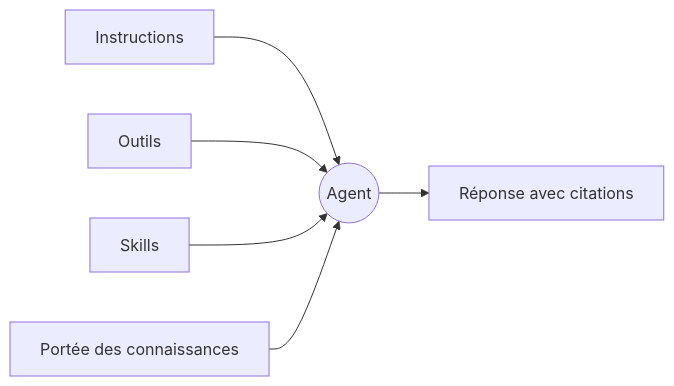
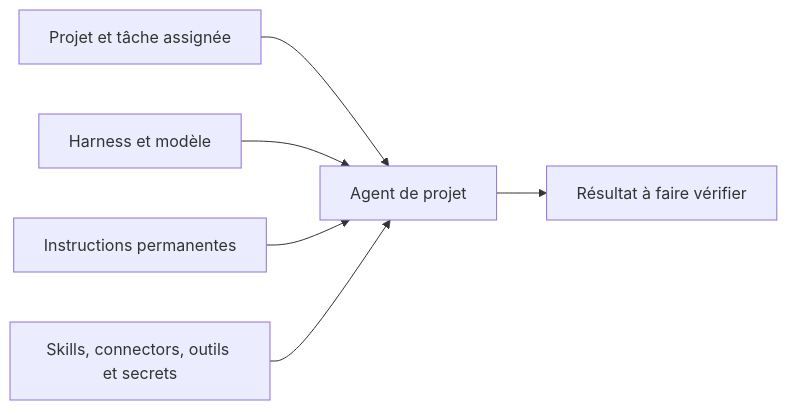
Before and after one commit to tale-project/tale: the diagram in docs/fr/platform/agents/concepts.md, drawn with Mermaid. The commit also changed other lines of this file and 135 other files, not shown here.

````diff
--- a/docs/fr/platform/agents/concepts.md
+++ b/docs/fr/platform/agents/concepts.md
@@ -30,8 +26,8 @@
 ```mermaid
 flowchart LR
-    I[Instructions] --> A((Agent))
-    T[Outils] --> A
-    S[Skills] --> A
-    K[Portée des connaissances] --> A
-    A --> R[Réponse avec citations]
+    P[Projet et tâche assignée] --> A[Agent de projet]
+    H[Harness et modèle] --> A
+    I[Instructions permanentes] --> A
+    E[Skills, connectors, outils et secrets] --> A
+    A --> R[Résultat à faire vérifier]
 ```
````
